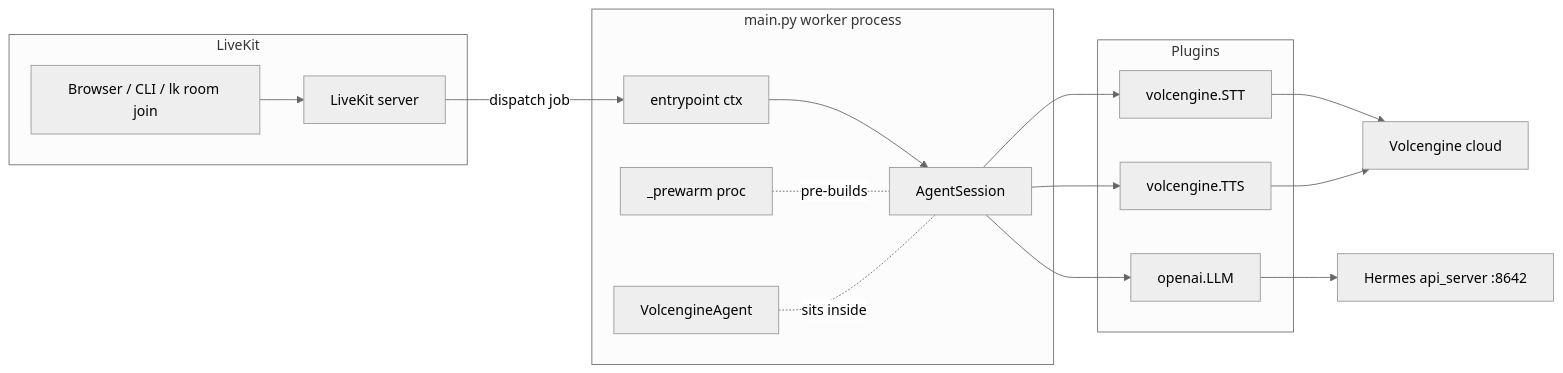
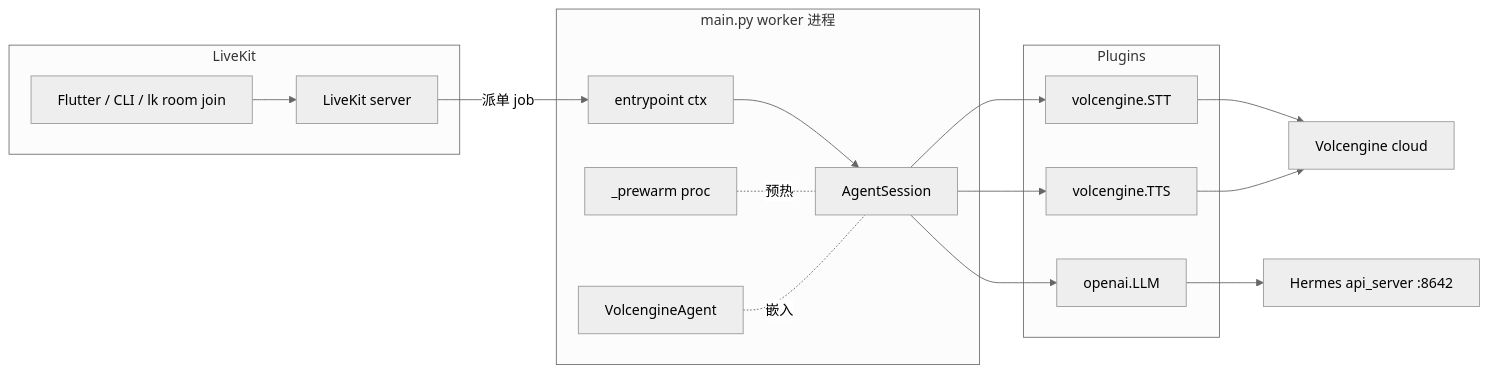
One commit to blankPen/OpenVox changed the diagram in openwiki/architecture/overview.md. Above: the diagram before and after it, drawn with Mermaid (neutral theme). The commit also changed other lines of this file and 14 other files, not shown here.

````diff
--- a/openwiki/architecture/overview.md
+++ b/openwiki/architecture/overview.md
@@ -14,31 +47,31 @@
 ```mermaid
 flowchart LR
-    subgraph LiveKit
-        LKServer[LiveKit server]
-        CLI[Browser / CLI / lk room join]
-    end
-    subgraph Worker[main.py worker process]
+    subgraph Worker[main.py worker 进程]
         Entrypoint[entrypoint ctx]
         Prewarm[_prewarm proc]
         Session[AgentSession]
         Agent[VolcengineAgent]
     end
     subgraph Plugins
         STT[volcengine.STT]
         LLM[openai.LLM]
         TTS[volcengine.TTS]
     end
+    subgraph LiveKit
+        LKServer[LiveKit server]
+        CLI[Flutter / CLI / lk room join]
+    end
     Hermes[Hermes api_server :8642]
     Volc[Volcengine cloud]
     CLI --> LKServer
-    LKServer -- dispatch job --> Entrypoint
+    LKServer -- 派单 job --> Entrypoint
     Entrypoint --> Session
-    Prewarm -. pre-builds .- Session
+    Prewarm -. 预热 .- Session
     Session --> STT
     Session --> LLM
     Session --> TTS
     LLM --> Hermes
     STT --> Volc
     TTS --> Volc
-    Agent -. sits inside .- Session
+    Agent -. 嵌入 .- Session
 ```
````
